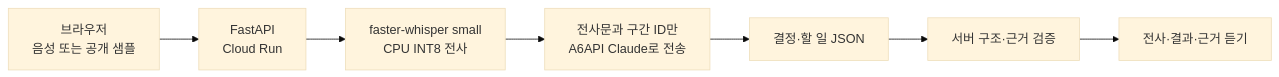
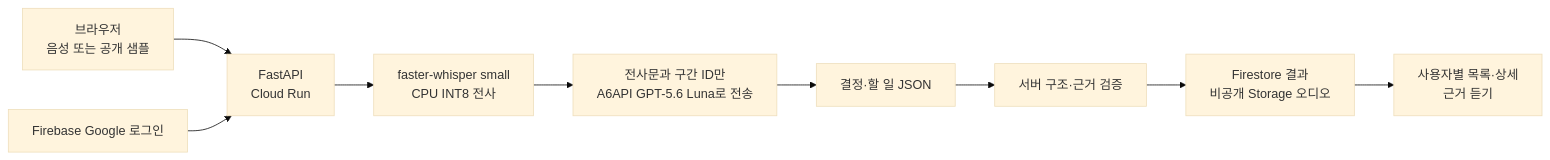
One commit to hangokudao/minutemark changed the diagram in README.md. Above: the diagram before and after it, drawn with Mermaid (base theme). The commit also changed other lines of this file and 23 other files, not shown here.

````diff
--- a/README.md
+++ b/README.md
@@ -26,9 +27,11 @@
 ```mermaid
 flowchart LR
     A["브라우저<br/>음성 또는 공개 샘플"] --> B["FastAPI<br/>Cloud Run"]
     B --> C["faster-whisper small<br/>CPU INT8 전사"]
-    C --> D["전사문과 구간 ID만<br/>A6API Claude로 전송"]
+    C --> D["전사문과 구간 ID만<br/>A6API GPT-5.6 Luna로 전송"]
     D --> E["결정·할 일 JSON"]
     E --> F["서버 구조·근거 검증"]
-    F --> G["전사·결과·근거 듣기"]
+    F --> G["Firestore 결과<br/>비공개 Storage 오디오"]
+    G --> H["사용자별 목록·상세<br/>근거 듣기"]
+    I["Firebase Google 로그인"] --> B
 ```
````
